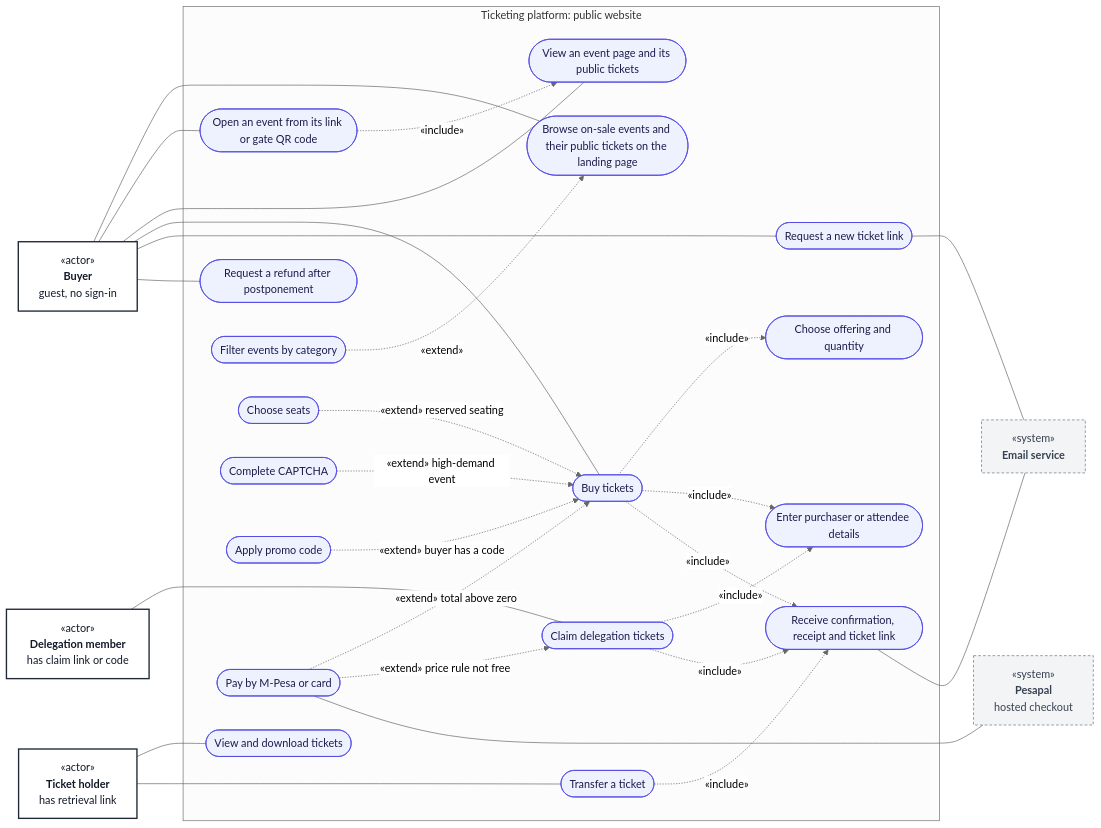
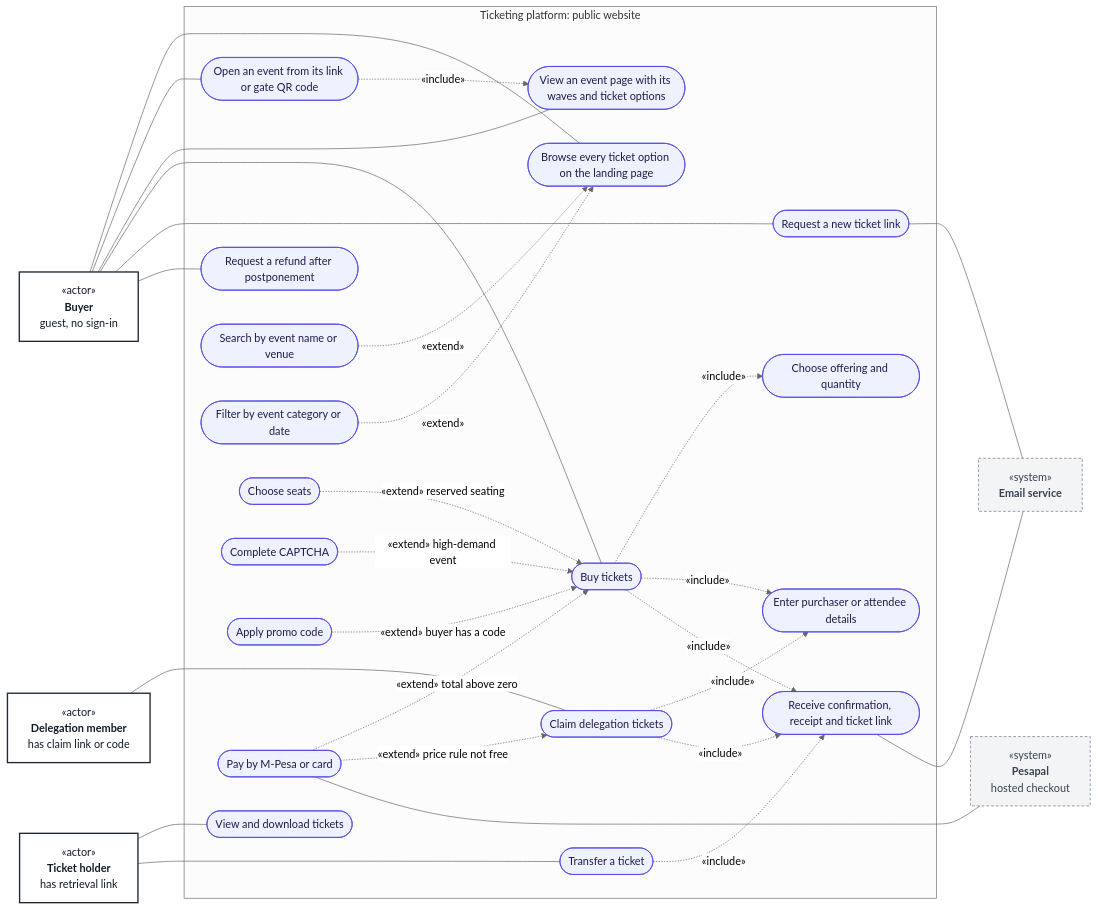
One commit to kreativesahara/ticket changed the diagram in doc/diagrams/use-cases/01-buyer-and-ticket-holder.md. Above: the diagram before and after it, drawn with Mermaid (neutral theme). The commit also changed other lines of this file and 68 other files, not shown here.

Commit message:
docs: add comprehensive ERD, activity, and use-case diagrams along with supporting documentation and prompt updates

````diff
--- a/doc/diagrams/use-cases/01-buyer-and-ticket-holder.md
+++ b/doc/diagrams/use-cases/01-buyer-and-ticket-holder.md
@@ -9,71 +9,74 @@
 ```mermaid
 flowchart LR
     classDef actor fill:#ffffff,stroke:#1f2937,stroke-width:2px,color:#111827
     classDef external fill:#f3f4f6,stroke:#6b7280,stroke-width:1px,stroke-dasharray:4 3,color:#374151
     classDef usecase fill:#eef2ff,stroke:#4f46e5,stroke-width:1px,color:#1e1b4b
 
     Buyer["«actor»<br/><b>Buyer</b><br/>guest, no sign-in"]:::actor
     Member["«actor»<br/><b>Delegation member</b><br/>has claim link or code"]:::actor
     Holder["«actor»<br/><b>Ticket holder</b><br/>has retrieval link"]:::actor
 
     subgraph SYS["Ticketing platform: public website"]
-        UC1(["Browse on-sale events and their public tickets on the landing page"]):::usecase
-        UC1F(["Filter events by category"]):::usecase
+        UC1(["Browse every ticket option on the landing page"]):::usecase
+        UC1S(["Search by event name or venue"]):::usecase
+        UC1F(["Filter by event category or date"]):::usecase
         UC16(["Open an event from its link or gate QR code"]):::usecase
-        UC2(["View an event page and its public tickets"]):::usecase
+        UC2(["View an event page with its waves and ticket options"]):::usecase
         UC3(["Buy tickets"]):::usecase
         UC4(["Choose offering and quantity"]):::usecase
         UC5(["Choose seats"]):::usecase
         UC6(["Enter purchaser or attendee details"]):::usecase
         UC7(["Complete CAPTCHA"]):::usecase
         UC8(["Apply promo code"]):::usecase
         UC9(["Pay by M-Pesa or card"]):::usecase
         UC10(["Claim delegation tickets"]):::usecase
         UC11(["Receive confirmation, receipt and ticket link"]):::usecase
         UC12(["View and download tickets"]):::usecase
         UC13(["Request a new ticket link"]):::usecase
         UC14(["Transfer a ticket"]):::usecase
         UC15(["Request a refund after postponement"]):::usecase
     end
 
     Pesapal["«system»<br/><b>Pesapal</b><br/>hosted checkout"]:::external
     Email["«system»<br/><b>Email service</b>"]:::external
 
     Buyer --- UC1
     Buyer --- UC16
     Buyer --- UC2
     Buyer --- UC3
     Buyer --- UC13
     Buyer --- UC15
     Member --- UC10
     Holder --- UC12
     Holder --- UC14
 
+    UC1S -.->|"«extend»"| UC1
     UC1F -.->|"«extend»"| UC1
     UC16 -.->|"«include»"| UC2
     UC3 -.->|"«include»"| UC4
     UC3 -.->|"«include»"| UC6
     UC5 -.->|"«extend» reserved seating"| UC3
     UC7 -.->|"«extend» high-demand event"| UC3
     UC8 -.->|"«extend» buyer has a code"| UC3
     UC9 -.->|"«extend» total above zero"| UC3
     UC10 -.->|"«include»"| UC6
     UC9 -.->|"«extend» price rule not free"| UC10
     UC3 -.->|"«include»"| UC11
     UC10 -.->|"«include»"| UC11
     UC14 -.->|"«include»"| UC11
 
     %% layout only: keep actors in the leftmost column
+    Buyer ~~~ UC1S
     Buyer ~~~ UC1F
     Buyer ~~~ UC5
     Buyer ~~~ UC7
     Buyer ~~~ UC8
     Buyer ~~~ UC9
     Member ~~~ UC9
     Holder ~~~ UC9
     UC11 ~~~ Pesapal
 
     UC9 --- Pesapal
     UC11 --- Email
     UC13 --- Email
 ```
````
